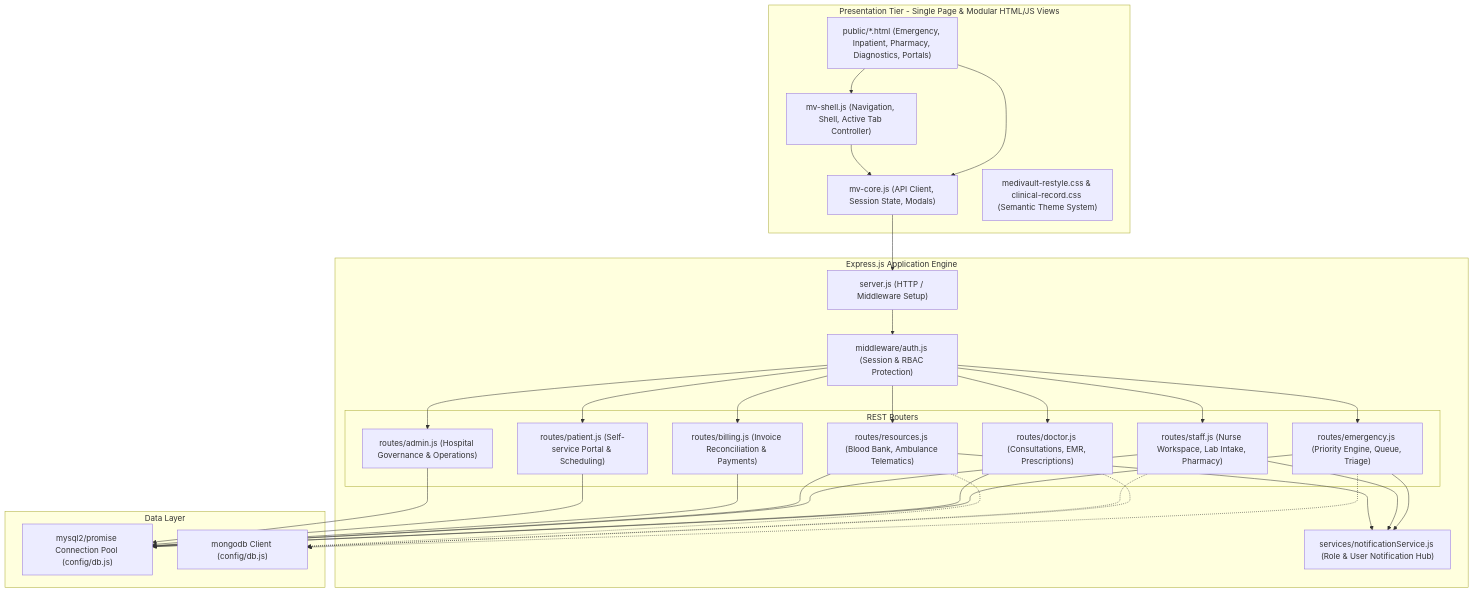
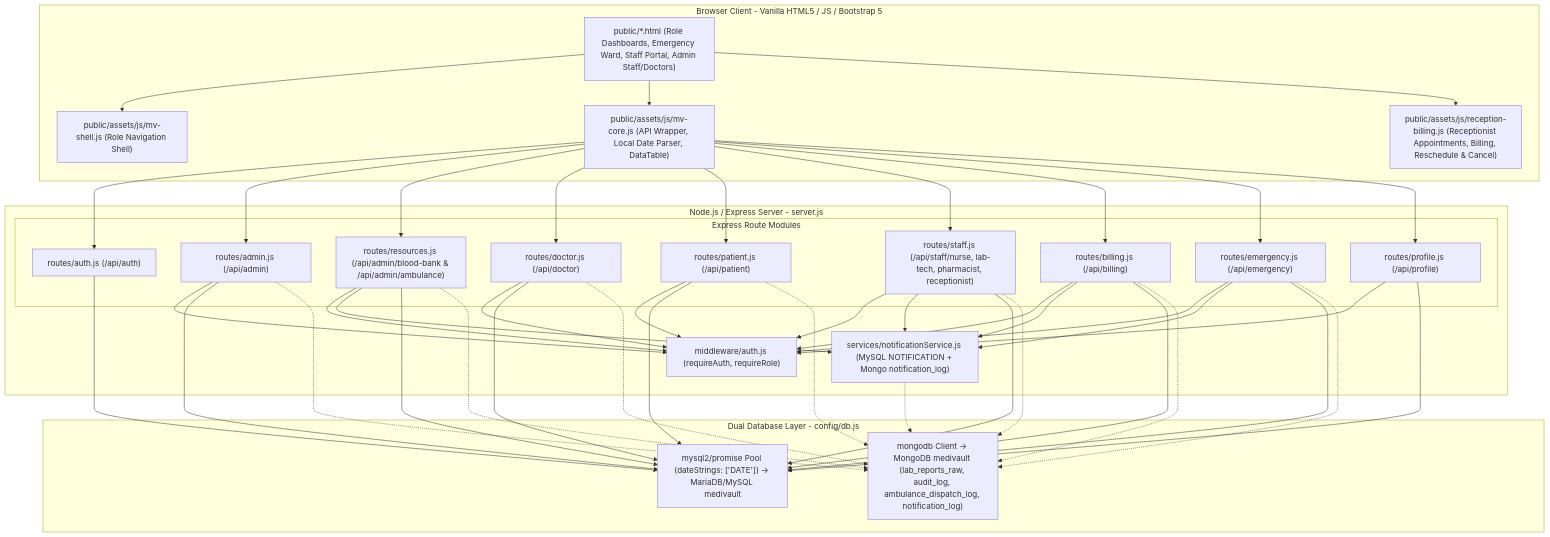
Before and after one commit to krishashetdz/MediCare: the diagram in project_backup/MediVault/06_Application/documentation/COMPONENT_DIAGRAM.md, drawn with Mermaid. The commit also changed other lines of this file and 136 other files, not shown here.

````diff
--- a/project_backup/MediVault/06_Application/documentation/COMPONENT_DIAGRAM.md
+++ b/project_backup/MediVault/06_Application/documentation/COMPONENT_DIAGRAM.md
@@ -4,62 +4,77 @@
 ```mermaid
 graph TD
-    subgraph ClientLayer [Presentation Tier - Single Page & Modular HTML/JS Views]
-        Shell["mv-shell.js (Navigation, Shell, Active Tab Controller)"]
-        CoreJS["mv-core.js (API Client, Session State, Modals)"]
-        Views["public/*.html (Emergency, Inpatient, Pharmacy, Diagnostics, Portals)"]
-        Themes["medivault-restyle.css & clinical-record.css (Semantic Theme System)"]
+    subgraph Frontend [Browser Client - Vanilla HTML5 / JS / Bootstrap 5]
+        Shell["public/assets/js/mv-shell.js (Role Navigation Shell)"]
+        Core["public/assets/js/mv-core.js (API Wrapper, Local Date Parser, DataTable)"]
+        ReceptJS["public/assets/js/reception-billing.js (Receptionist Appointments, Billing, Reschedule & Cancel)"]
+        Pages["public/*.html (Role Dashboards, Emergency Ward, Staff Portal, Admin Staff/Doctors)"]
     end
 
-    subgraph ServiceLayer [Express.js Application Engine]
-        Server["server.js (HTTP / Middleware Setup)"]
-        AuthModule["middleware/auth.js (Session & RBAC Protection)"]
+    subgraph Backend [Node.js / Express Server - server.js]
+        AuthMW["middleware/auth.js (requireAuth, requireRole)"]
+        NotifSvc["services/notificationService.js (MySQL NOTIFICATION + Mongo notification_log)"]
 
-        subgraph RESTControllers [REST Routers]
-            CtrlEmergency["routes/emergency.js (Priority Engine, Queue, Triage)"]
-            CtrlDoctor["routes/doctor.js (Consultations, EMR, Prescriptions)"]
-            CtrlStaff["routes/staff.js (Nurse Workspace, Lab Intake, Pharmacy)"]
-            CtrlResources["routes/resources.js (Blood Bank, Ambulance Telematics)"]
-            CtrlBilling["routes/billing.js (Invoice Reconciliation & Payments)"]
-            CtrlPatient["routes/patient.js (Self-service Portal & Scheduling)"]
-            CtrlAdmin["routes/admin.js (Hospital Governance & Operations)"]
+        subgraph Routers [Express Route Modules]
+            R_Auth["routes/auth.js (/api/auth)"]
+            R_Admin["routes/admin.js (/api/admin)"]
+            R_Res["routes/resources.js (/api/admin/blood-bank & /api/admin/ambulance)"]
+            R_Doc["routes/doctor.js (/api/doctor)"]
+            R_Pat["routes/patient.js (/api/patient)"]
+            R_Staff["routes/staff.js (/api/staff/nurse, lab-tech, pharmacist, receptionist)"]
+            R_Bill["routes/billing.js (/api/billing)"]
+            R_Emg["routes/emergency.js (/api/emergency)"]
+            R_Prof["routes/profile.js (/api/profile)"]
         end
-
-        NotifService["services/notificationService.js (Role & User Notification Hub)"]
     end
 
-    subgraph PersistenceLayer [Data Layer]
-        MySQLDriver["mysql2/promise Connection Pool (config/db.js)"]
-        MongoDriver["mongodb Client (config/db.js)"]
+    subgraph DataLayer [Dual Database Layer - config/db.js]
+        MySQLPool["mysql2/promise Pool (dateStrings: ['DATE']) -> MariaDB/MySQL medivault"]
+        MongoConn["mongodb Client -> MongoDB medivault (lab_reports_raw, audit_log, ambulance_dispatch_log, notification_log)"]
     end
 
-    Views --> Shell
-    Views --> CoreJS
-    Shell --> CoreJS
-    CoreJS --> Server
+    Pages --> Shell
+    Pages --> Core
+    Pages --> ReceptJS
+    Core --> R_Auth
+    Core --> R_Admin
+    Core --> R_Res
+    Core --> R_Doc
+    Core --> R_Pat
+    Core --> R_Staff
+    Core --> R_Bill
+    Core --> R_Emg
+    Core --> R_Prof
 
-    Server --> AuthModule
-    AuthModule --> CtrlEmergency
-    AuthModule --> CtrlDoctor
-    AuthModule --> CtrlStaff
-    AuthModule --> CtrlResources
-    AuthModule --> CtrlBilling
-    AuthModule --> CtrlPatient
-    AuthModule --> CtrlAdmin
+    R_Admin --> AuthMW
+    R_Res --> AuthMW
+    R_Doc --> AuthMW
+    R_Pat --> AuthMW
+    R_Staff --> AuthMW
+    R_Bill --> AuthMW
+    R_Emg --> AuthMW
+    R_Prof --> AuthMW
 
-    CtrlEmergency --> NotifService
-    CtrlStaff --> NotifService
-    CtrlResources --> NotifService
+    R_Res --> NotifSvc
+    R_Staff --> NotifSvc
+    R_Bill --> NotifSvc
+    R_Emg --> NotifSvc
 
-    CtrlEmergency --> MySQLDriver
-    CtrlDoctor --> MySQLDriver
-    CtrlStaff --> MySQLDriver
-    CtrlResources --> MySQLDriver
-    CtrlBilling --> MySQLDriver
-    CtrlPatient --> MySQLDriver
-    CtrlAdmin --> MySQLDriver
+    R_Auth --> MySQLPool
+    R_Admin --> MySQLPool
+    R_Res --> MySQLPool
+    R_Doc --> MySQLPool
+    R_Pat --> MySQLPool
+    R_Staff --> MySQLPool
+    R_Bill --> MySQLPool
+    R_Emg --> MySQLPool
+    R_Prof --> MySQLPool
 
-    CtrlEmergency -.-> MongoDriver
-    CtrlDoctor -.-> MongoDriver
-    CtrlStaff -.-> MongoDriver
-    CtrlResources -.-> MongoDriver
+    R_Admin -.-> MongoConn
+    R_Res -.-> MongoConn
+    R_Doc -.-> MongoConn
+    R_Pat -.-> MongoConn
+    R_Staff -.-> MongoConn
+    R_Bill -.-> MongoConn
+    R_Emg -.-> MongoConn
+    NotifSvc -.-> MongoConn
 ```
````
